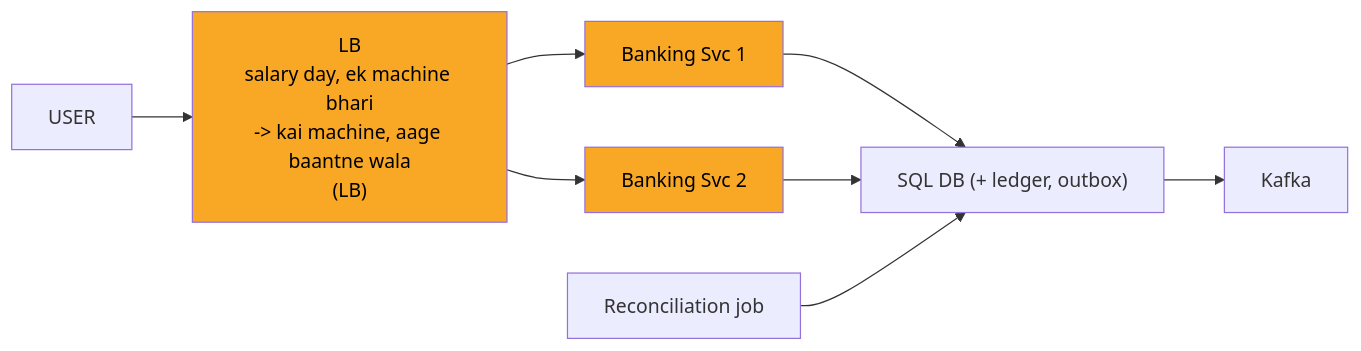
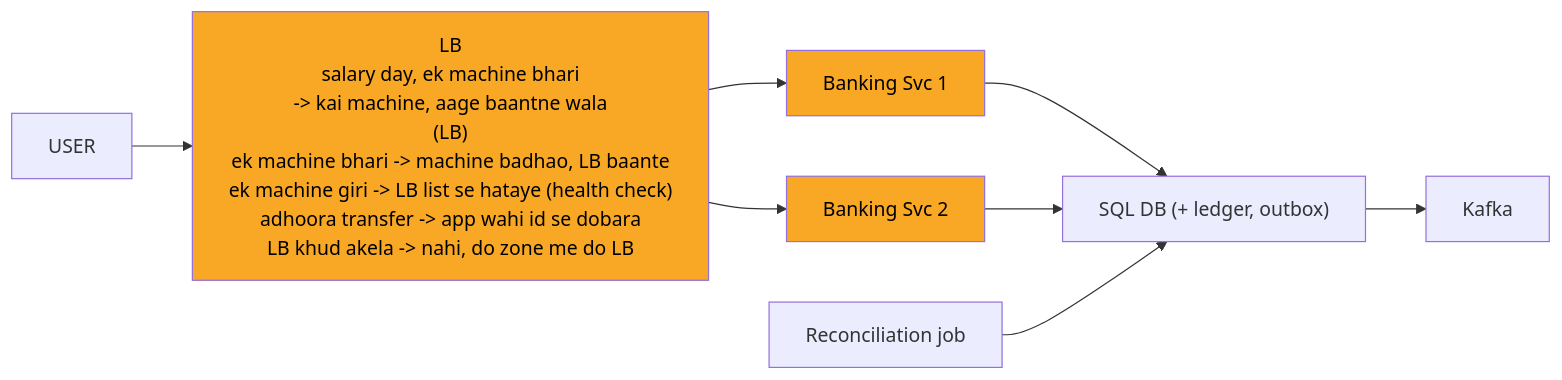
The eighth of 13 diagrams in 04_HLD/SYSTEM_DESIGNS/13_banking_system/13_banking_system.md (ArpanMaheshwari144/Prep), drawn with Mermaid before and after one commit. The commit also changed other lines of this file and 12 other files, not shown here.

Commit message:
hld 02-14: peele dabbe me SAFAR ke mod + diagram chauda (wrappingWidth 450)

````diff
--- a/04_HLD/SYSTEM_DESIGNS/13_banking_system/13_banking_system.md
+++ b/04_HLD/SYSTEM_DESIGNS/13_banking_system/13_banking_system.md
@@ -257,20 +264,21 @@
 ```mermaid
+%%{init: {"flowchart": {"wrappingWidth": 450}}}%%
 flowchart LR
     n_USER["USER"]
-    n_LB["LB<br/>salary day, ek machine bhari<br/>-> kai machine, aage baantne wala<br/>(LB)"]
+    n_LB["LB<br/>salary day, ek machine bhari<br/>-> kai machine, aage baantne wala<br/>(LB)<br/>ek machine bhari -> machine badhao, LB baante<br/>ek machine giri -> LB list se hataye (health check)<br/>adhoora transfer -> app wahi id se dobara<br/>LB khud akela -> nahi, do zone me do LB"]
     n_S1["Banking Svc 1"]
     n_S2["Banking Svc 2"]
     n_DB["SQL DB (+ ledger, outbox)"]
     n_K["Kafka"]
     n_REC["Reconciliation job"]
     n_USER --> n_LB
     n_LB --> n_S1
     n_LB --> n_S2
     n_S1 --> n_DB
     n_S2 --> n_DB
     n_DB --> n_K
     n_REC --> n_DB
     style n_LB fill:#f9a825,color:#000
     style n_S1 fill:#f9a825,color:#000
     style n_S2 fill:#f9a825,color:#000
 ```
````
